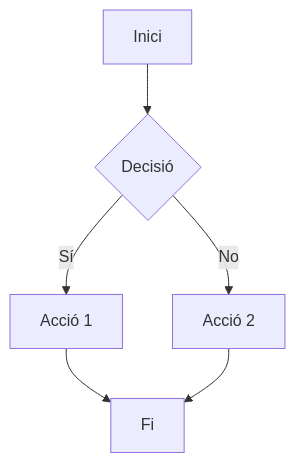
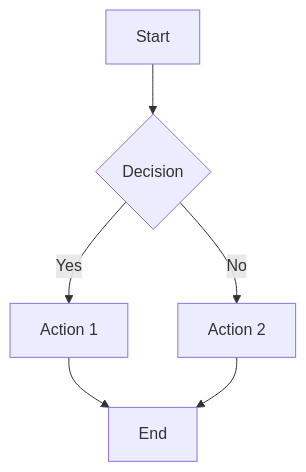
Before and after one commit to magronxo/sdd-framework: the diagram in templates/design.md, drawn with Mermaid. The commit also changed other lines of this file and 13 other files, not shown here.

````diff
--- a/templates/design.md
+++ b/templates/design.md
@@ -30,8 +30,8 @@
 ```mermaid
 flowchart TD
-    A[Inici] --> B{Decisió}
-    B -->|Sí| C[Acció 1]
-    B -->|No| D[Acció 2]
-    C --> E[Fi]
+    A[Start] --> B{Decision}
+    B -->|Yes| C[Action 1]
+    B -->|No| D[Action 2]
+    C --> E[End]
     D --> E
 ```
````
